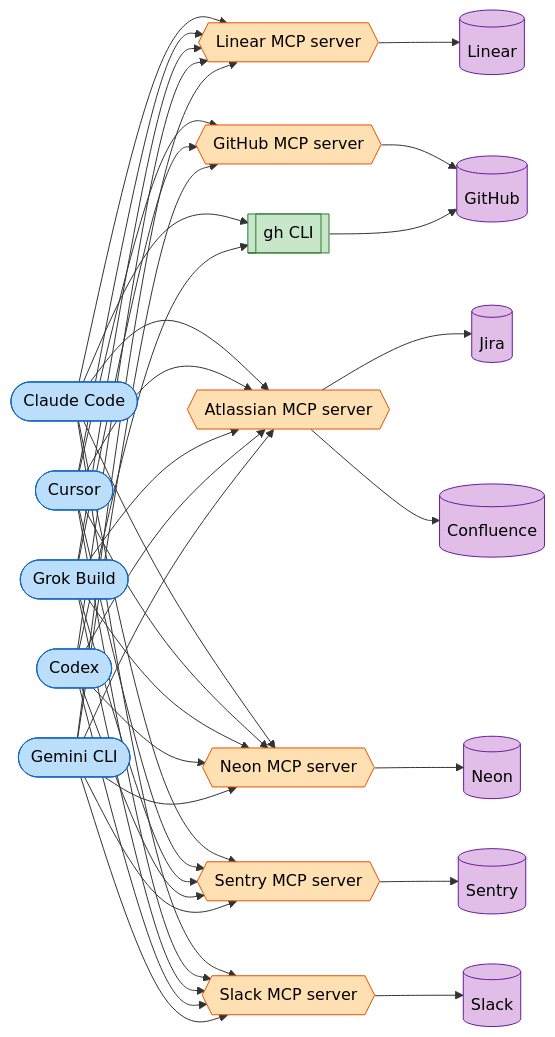
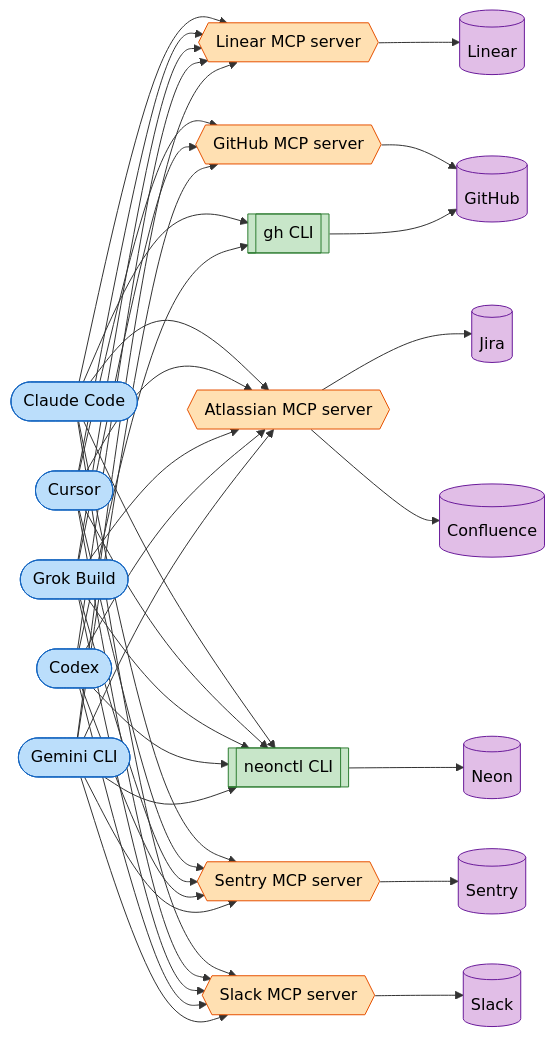
The first of 2 diagrams in README.md (alephic-ai/foac), drawn with Mermaid before and after one commit. The commit also changed other lines of this file, not shown here.

Commit message:
docs: show neonctl and foac as CLIs in the README diagrams

````diff
--- a/README.md
+++ b/README.md
@@ -19,23 +19,23 @@
 ```mermaid
 graph LR
-    CC([Claude Code]) --> LMCP & GHCLI & AMCP & NMCP & SMCP & SLMCP
-    CU([Cursor]) --> LMCP & GHMCP & AMCP & NMCP & SMCP & SLMCP
-    GRK([Grok Build]) --> LMCP & GHMCP & AMCP & NMCP & SMCP & SLMCP
-    CX([Codex]) --> LMCP & GHCLI & AMCP & NMCP & SMCP & SLMCP
-    GEM([Gemini CLI]) --> LMCP & GHMCP & AMCP & NMCP & SMCP & SLMCP
+    CC([Claude Code]) --> LMCP & GHCLI & AMCP & NCLI & SMCP & SLMCP
+    CU([Cursor]) --> LMCP & GHMCP & AMCP & NCLI & SMCP & SLMCP
+    GRK([Grok Build]) --> LMCP & GHMCP & AMCP & NCLI & SMCP & SLMCP
+    CX([Codex]) --> LMCP & GHCLI & AMCP & NCLI & SMCP & SLMCP
+    GEM([Gemini CLI]) --> LMCP & GHMCP & AMCP & NCLI & SMCP & SLMCP
     LMCP{{Linear MCP server}} --> Linear[(Linear)]
     GHMCP{{GitHub MCP server}} --> GitHub[(GitHub)]
     GHCLI[[gh CLI]] --> GitHub
     AMCP{{Atlassian MCP server}} --> Jira[(Jira)] & Confluence[(Confluence)]
-    NMCP{{Neon MCP server}} --> Neon[(Neon)]
+    NCLI[[neonctl CLI]] --> Neon[(Neon)]
     SMCP{{Sentry MCP server}} --> Sentry[(Sentry)]
     SLMCP{{Slack MCP server}} --> Slack[(Slack)]
     classDef harness fill:#bbdefb,stroke:#1565c0,color:#000
     classDef mcp fill:#ffe0b2,stroke:#e65100,color:#000
     classDef cli fill:#c8e6c9,stroke:#2e7d32,color:#000
     classDef provider fill:#e1bee7,stroke:#6a1b9a,color:#000
     class CC,CU,GRK,CX,GEM harness
-    class LMCP,GHMCP,AMCP,NMCP,SMCP,SLMCP mcp
-    class GHCLI cli
+    class LMCP,GHMCP,AMCP,SMCP,SLMCP mcp
+    class GHCLI,NCLI cli
     class Linear,GitHub,Jira,Confluence,Neon,Sentry,Slack provider
 ```
````
